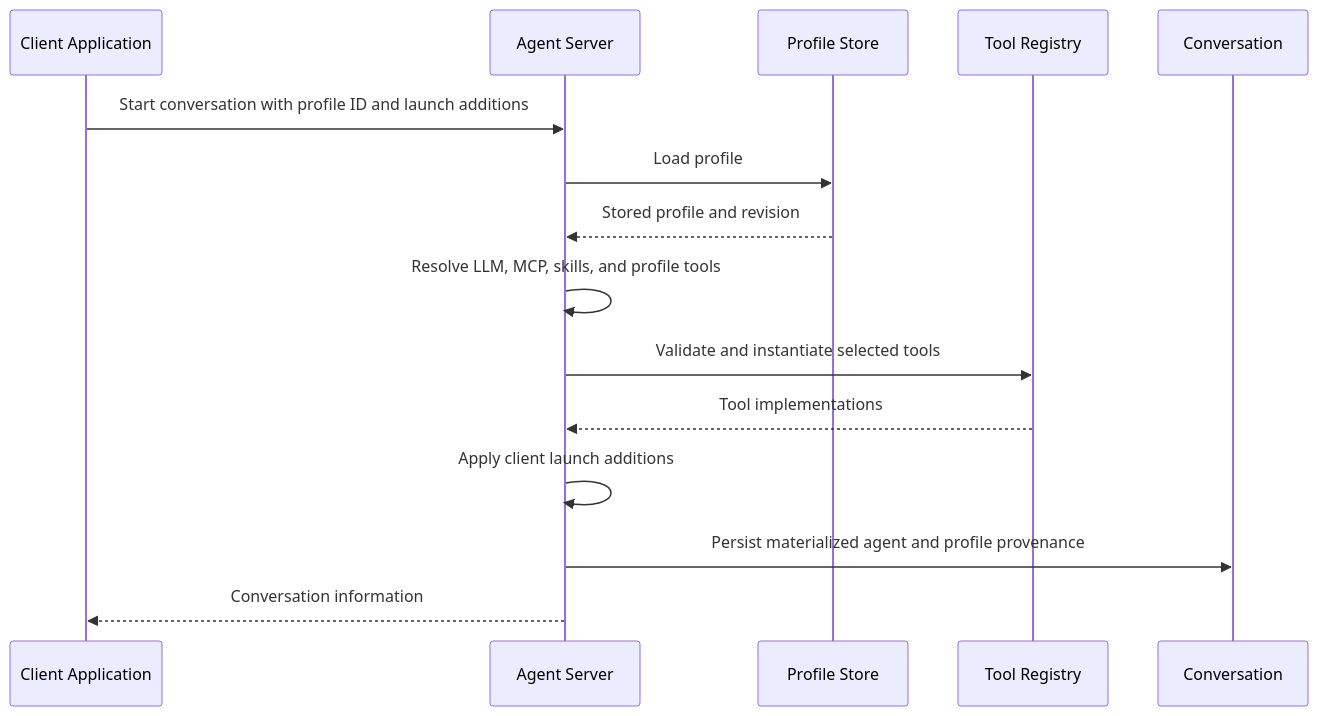
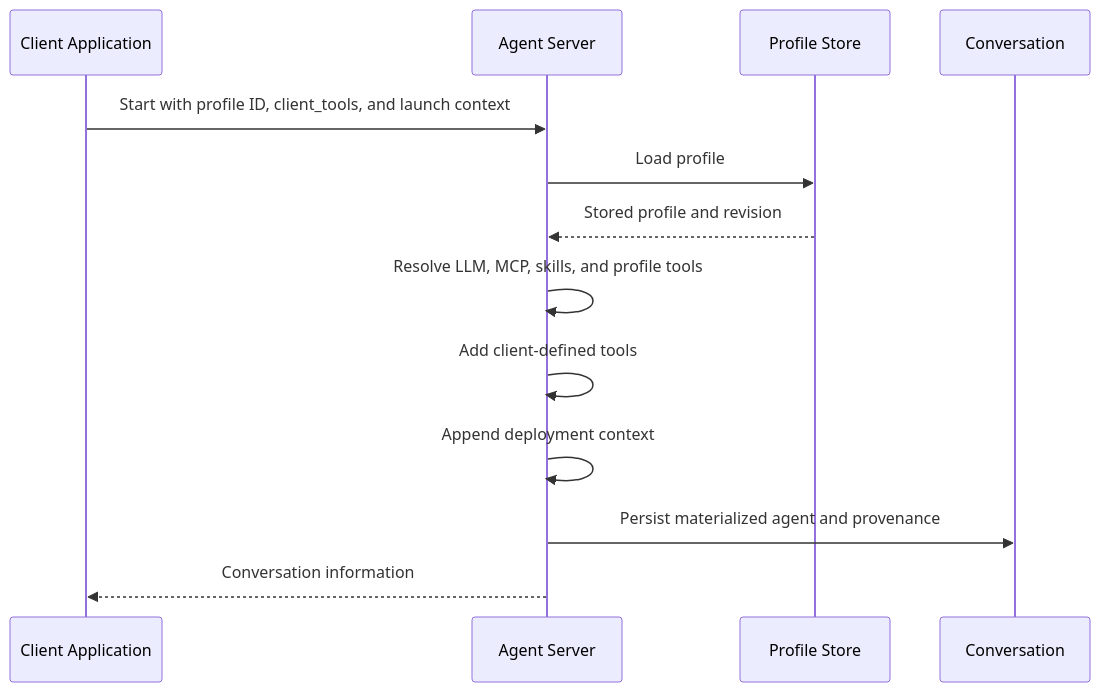
The second of 2 diagrams in sdk/arch/agent-profiles.mdx (OpenHands/docs), drawn with Mermaid before and after one commit. The commit also changed other lines of this file and 1 other file, not shown here.

Commit message:
docs(sdk): distinguish client tools from launch context

````diff
--- a/sdk/arch/agent-profiles.mdx
+++ b/sdk/arch/agent-profiles.mdx
@@ -57,18 +80,16 @@
 ```mermaid
 sequenceDiagram
     participant Client as Client Application
     participant Server as Agent Server
     participant Store as Profile Store
-    participant Registry as Tool Registry
     participant Conversation
 
-    Client->>Server: Start conversation with profile ID and launch additions
+    Client->>Server: Start with profile ID, client_tools, and launch context
     Server->>Store: Load profile
     Store-->>Server: Stored profile and revision
     Server->>Server: Resolve LLM, MCP, skills, and profile tools
-    Server->>Registry: Validate and instantiate selected tools
-    Registry-->>Server: Tool implementations
-    Server->>Server: Apply client launch additions
-    Server->>Conversation: Persist materialized agent and profile provenance
+    Server->>Server: Add client-defined tools
+    Server->>Server: Append deployment context
+    Server->>Conversation: Persist materialized agent and provenance
     Server-->>Client: Conversation information
 ```
````
